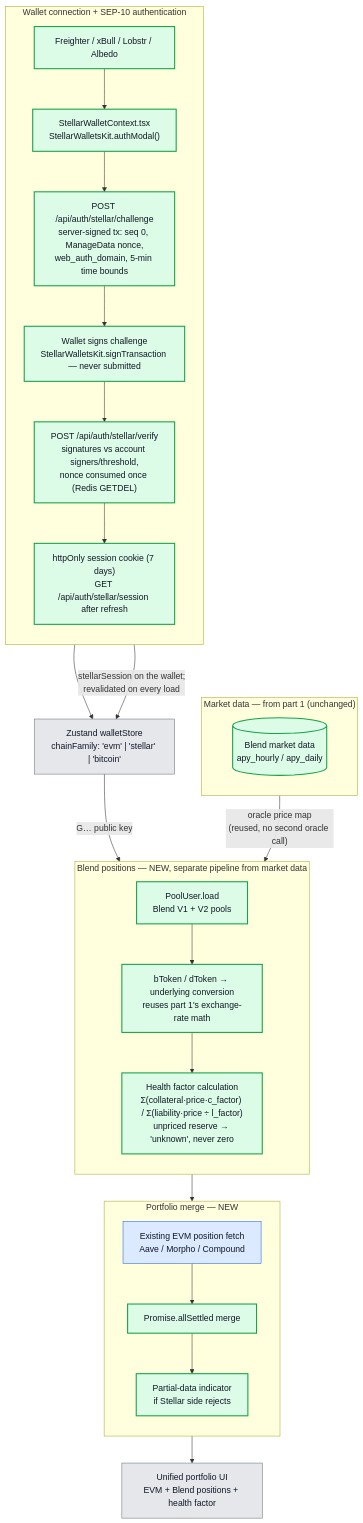
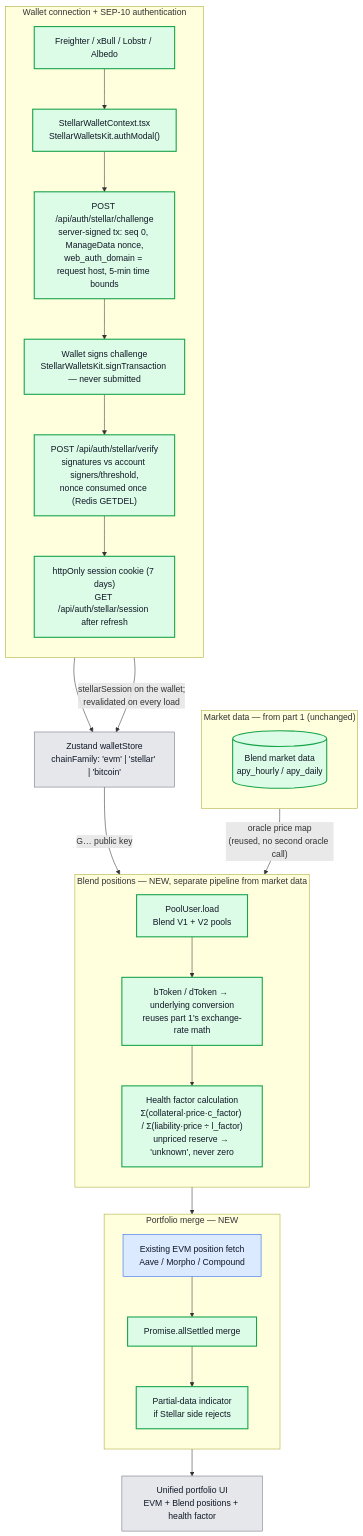
One commit to lendwise-fi/lendwise changed the third of 6 diagrams in docs/architecture-stellar-integration.md. Above: the diagram before and after it, drawn with Mermaid. The commit also changed other lines of this file and 6 other files, not shown here.

First line of the commit message:
Bind SEP-10 challenges to the request host

````diff
--- a/docs/architecture-stellar-integration.md
+++ b/docs/architecture-stellar-integration.md
@@ -185,50 +185,50 @@
 ```mermaid
 flowchart TD
     subgraph Auth["Wallet connection + SEP-10 authentication"]
         direction TB
         Wallets["Freighter / xBull / Lobstr / Albedo"] --> StellarKit["StellarWalletContext.tsx<br/>StellarWalletsKit.authModal()"]
-        StellarKit --> Challenge["POST /api/auth/stellar/challenge<br/>server-signed tx: seq 0, ManageData nonce,<br/>web_auth_domain, 5-min time bounds"]
+        StellarKit --> Challenge["POST /api/auth/stellar/challenge<br/>server-signed tx: seq 0, ManageData nonce,<br/>web_auth_domain = request host, 5-min time bounds"]
         Challenge --> Sign["Wallet signs challenge<br/>StellarWalletsKit.signTransaction — never submitted"]
         Sign --> Verify["POST /api/auth/stellar/verify<br/>signatures vs account signers/threshold,<br/>nonce consumed once (Redis GETDEL)"]
         Verify --> Session["httpOnly session cookie (7 days)<br/>GET /api/auth/stellar/session after refresh"]
     end
 
     StellarKit --> Store["Zustand walletStore<br/>chainFamily: 'evm' | 'stellar' | 'bitcoin'"]
     Session -->|"stellarSession on the wallet;<br/>revalidated on every load"| Store
 
     subgraph MarketData["Market data — from part 1 (unchanged)"]
         direction TB
         BlendMarket[("Blend market data<br/>apy_hourly / apy_daily")]
     end
 
     subgraph Positions["Blend positions — NEW, separate pipeline from market data"]
         direction TB
         PoolUser["PoolUser.load<br/>Blend V1 + V2 pools"]
         Convert["bToken / dToken → underlying conversion<br/>reuses part 1's exchange-rate math"]
         Health["Health factor calculation<br/>Σ(collateral·price·c_factor) / Σ(liability·price ÷ l_factor)<br/>unpriced reserve → 'unknown', never zero"]
         PoolUser --> Convert --> Health
     end
 
     Store -->|"G… public key"| PoolUser
     BlendMarket -->|"oracle price map<br/>(reused, no second oracle call)"| Health
 
     subgraph Merge["Portfolio merge — NEW"]
         direction TB
         EvmPositions["Existing EVM position fetch<br/>Aave / Morpho / Compound"]
         Allsettled["Promise.allSettled merge"]
         Degrade["Partial-data indicator<br/>if Stellar side rejects"]
         EvmPositions --> Allsettled
         Health --> Allsettled
         Allsettled --> Degrade
     end
 
     Degrade --> Portfolio["Unified portfolio UI<br/>EVM + Blend positions + health factor"]
 
     classDef core fill:#e5e7eb,stroke:#6b7280,color:#111827;
     classDef evm fill:#dbeafe,stroke:#2563eb,color:#111827;
     classDef stellar fill:#dcfce7,stroke:#16a34a,color:#111827,stroke-width:2px;
 
     class Store,Portfolio core;
     class EvmPositions evm;
     class Wallets,StellarKit,Challenge,Sign,Verify,Session,PoolUser,Convert,Health,BlendMarket,Allsettled,Degrade stellar;
 ```
````
